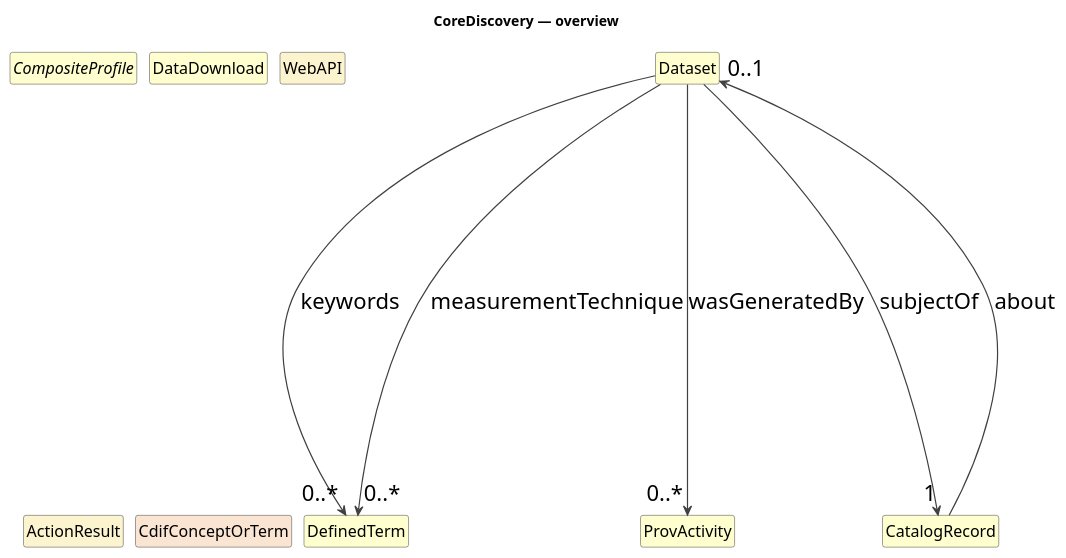
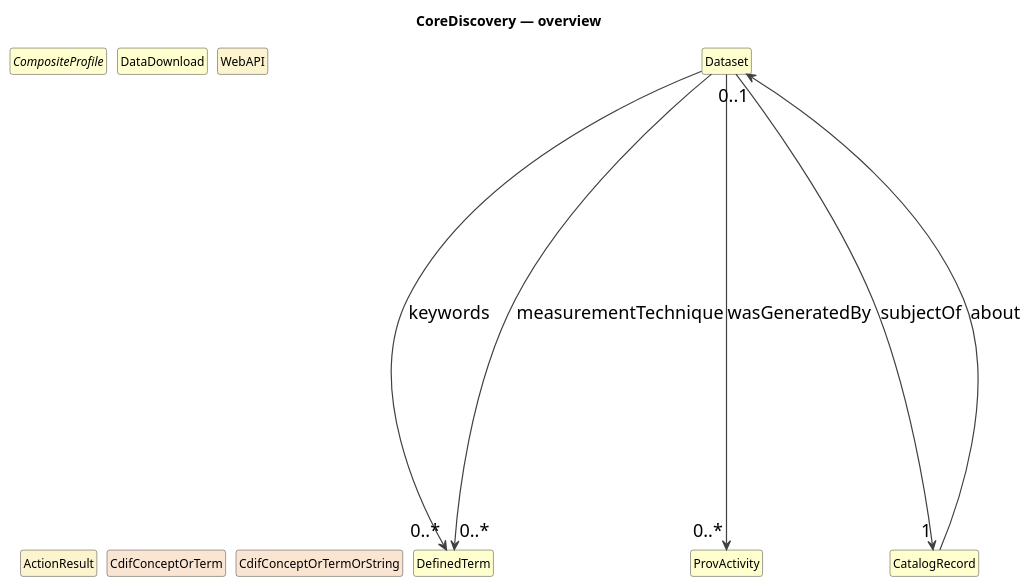
Before and after one commit to Cross-Domain-Interoperability-Framework/metadataBuildingBlocks: the diagram in cdif-uml-model/_plantuml/coreDiscovery/index.local.pu, drawn with PlantUML. The commit also changed 167 other files, not shown here.

First line of the commit message:
Consolidate 'string OR concept-or-term' union into cdifConceptOrTermOrString BB

```diff
--- a/cdif-uml-model/_plantuml/coreDiscovery/index.local.pu
+++ b/cdif-uml-model/_plantuml/coreDiscovery/index.local.pu
@@ -1,32 +1,33 @@
 @startuml
 title CoreDiscovery — overview
 hide circle
 hide empty members
 skinparam shadowing false
 skinparam ArrowThickness 1.2
-skinparam ranksep 400
-skinparam nodesep 12
-skinparam defaultFontSize 22
+skinparam ranksep 450
+skinparam nodesep 10
+skinparam defaultFontSize 18
 skinparam class {
   ArrowColor #404040
   BorderColor #404040
-  FontSize 22
-  AttributeFontSize 16
+  FontSize 18
+  AttributeFontSize 12
 }
 
 abstract class "CompositeProfile" as CompositeProfile #FEFECE
 class "Dataset" as Dataset #FEFECE
 class "DataDownload" as DataDownload #FEFECE
 class "WebAPI" as WebAPI #FCF3CF
 class "ActionResult" as ActionResult #FCF3CF
 class "DefinedTerm" as DefinedTerm #FEFECE
 class "ProvActivity" as ProvActivity #FEFECE
 class "CatalogRecord" as CatalogRecord #FEFECE
 class "CdifConceptOrTerm" as CdifConceptOrTerm #FAE5D3
+class "CdifConceptOrTermOrString" as CdifConceptOrTermOrString #FAE5D3
 Dataset --> "0..*" ProvActivity : wasGeneratedBy
 Dataset --> "1" CatalogRecord : subjectOf
 Dataset --> "0..*" DefinedTerm : keywords
 Dataset --> "0..*" DefinedTerm : measurementTechnique
 CatalogRecord --> "0..1" Dataset : about
 
 @enduml
```
